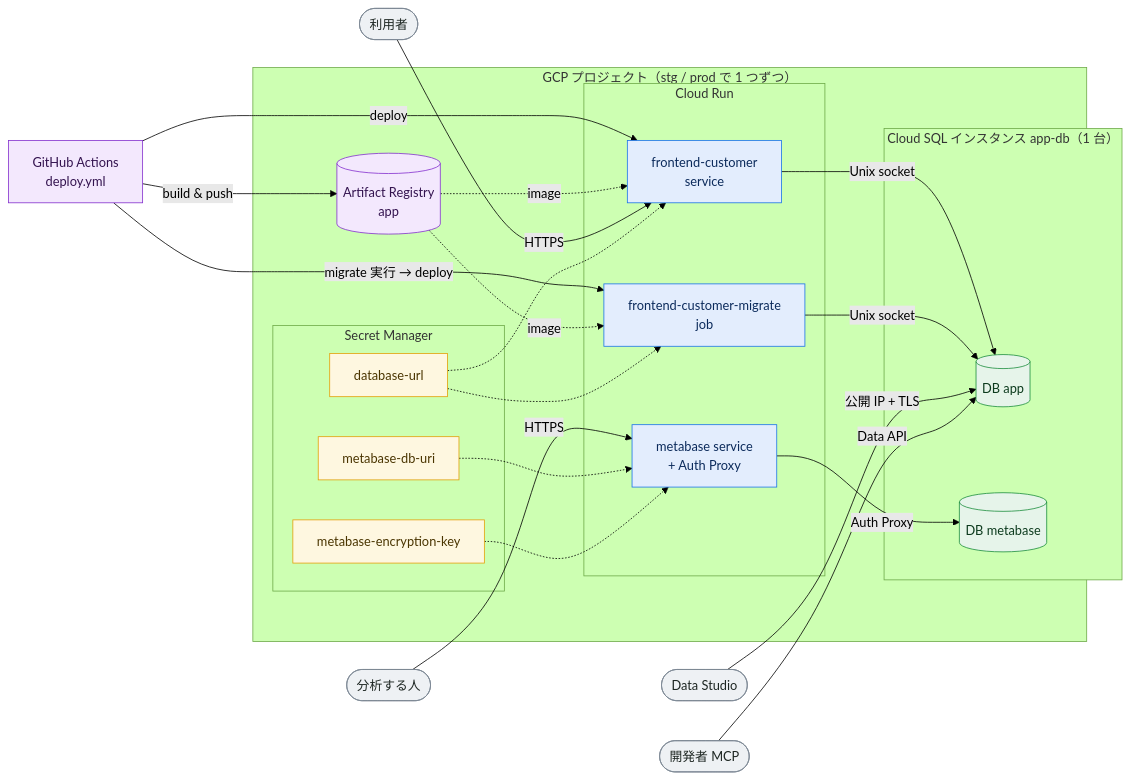
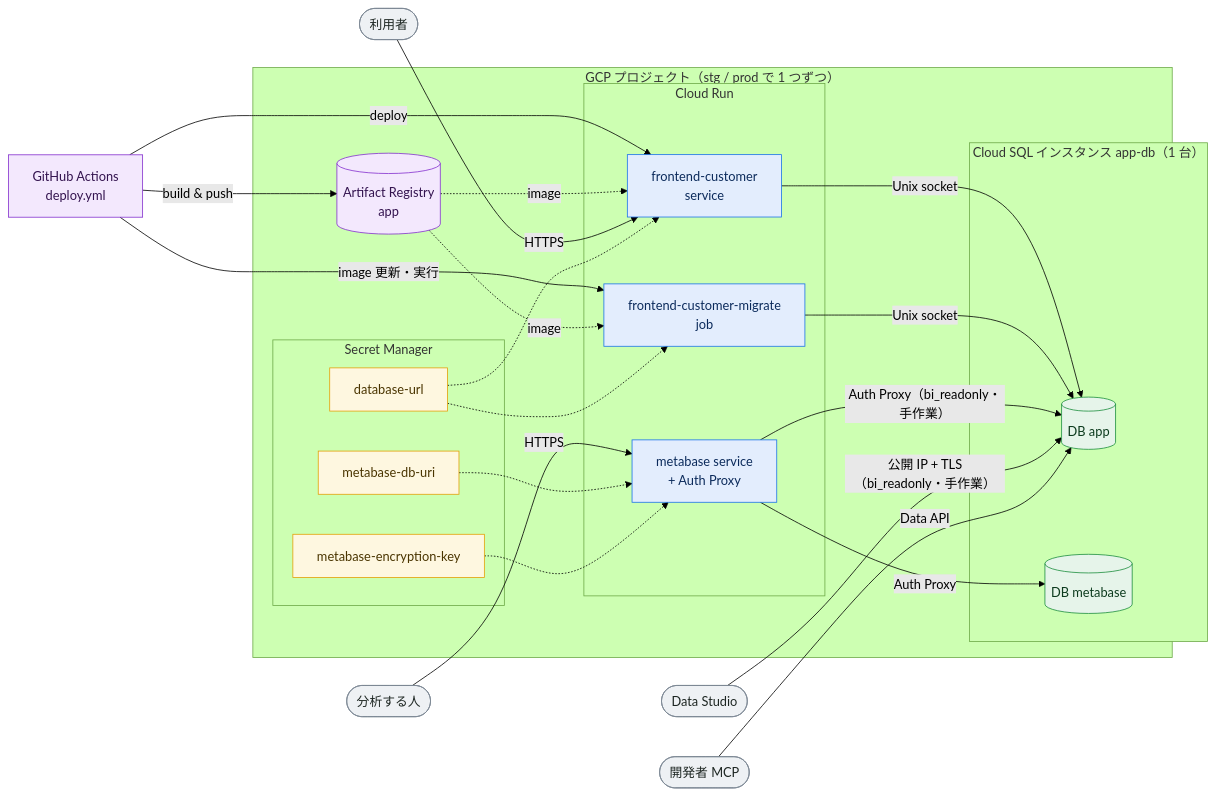
Before and after one commit to d-kanai/ai-only-template: the diagram in docs/diagrams/system.mmd, drawn with Mermaid (forest theme). The commit also changed 9 other files, not shown here.

First line of the commit message:
docs: reviewer の指摘で構成図の経路と render-diagrams のテストを直す

```diff
--- a/docs/diagrams/system.mmd
+++ b/docs/diagrams/system.mmd
@@ -1,44 +1,45 @@
 %% 全体の構成。元: infra/modules/app/*.tf と .github/workflows/deploy.yml（作り直しはスキル infra-diagram）
 flowchart LR
   classDef ext fill:#eef1f4,stroke:#7b8794,color:#1d2622
   classDef run fill:#e3edfd,stroke:#1a73e8,color:#0b2a5b
   classDef data fill:#e6f4ea,stroke:#1e8e3e,color:#0d3b1e
   classDef sec fill:#fef7e0,stroke:#e3a008,color:#4a3500
   classDef ci fill:#f3e8fd,stroke:#8430ce,color:#33134f
 
   user(["利用者"]):::ext
   analyst(["分析する人"]):::ext
   ds(["Data Studio"]):::ext
   dev(["開発者 MCP"]):::ext
   gha["GitHub Actions<br/>deploy.yml"]:::ci
 
   subgraph GCP["GCP プロジェクト（stg / prod で 1 つずつ）"]
     ar[("Artifact Registry<br/>app")]:::ci
     subgraph RUN["Cloud Run"]
       customer["frontend-customer<br/>service"]:::run
       migrate["frontend-customer-migrate<br/>job"]:::run
       metabase["metabase service<br/>+ Auth Proxy"]:::run
     end
     subgraph SM["Secret Manager"]
       s1["database-url"]:::sec
       s2["metabase-db-uri"]:::sec
       s3["metabase-encryption-key"]:::sec
     end
     subgraph SQL["Cloud SQL インスタンス app-db（1 台）"]
       dbapp[("DB app")]:::data
       dbmb[("DB metabase")]:::data
     end
   end
 
   gha -- "build & push" --> ar
-  gha -- "migrate 実行 → deploy" --> migrate
+  gha -- "image 更新・実行" --> migrate
   gha -- "deploy" --> customer
   ar -. image .-> customer & migrate
   user -- HTTPS --> customer
   analyst -- HTTPS --> metabase
   customer & migrate -- "Unix socket" --> dbapp
   metabase -- "Auth Proxy" --> dbmb
-  ds -- "公開 IP + TLS" --> dbapp
+  metabase -- "Auth Proxy（bi_readonly・手作業）" --> dbapp
+  ds -- "公開 IP + TLS（bi_readonly・手作業）" --> dbapp
   dev -- "Data API" --> dbapp
   s1 -.-> customer & migrate
   s2 & s3 -.-> metabase
```
